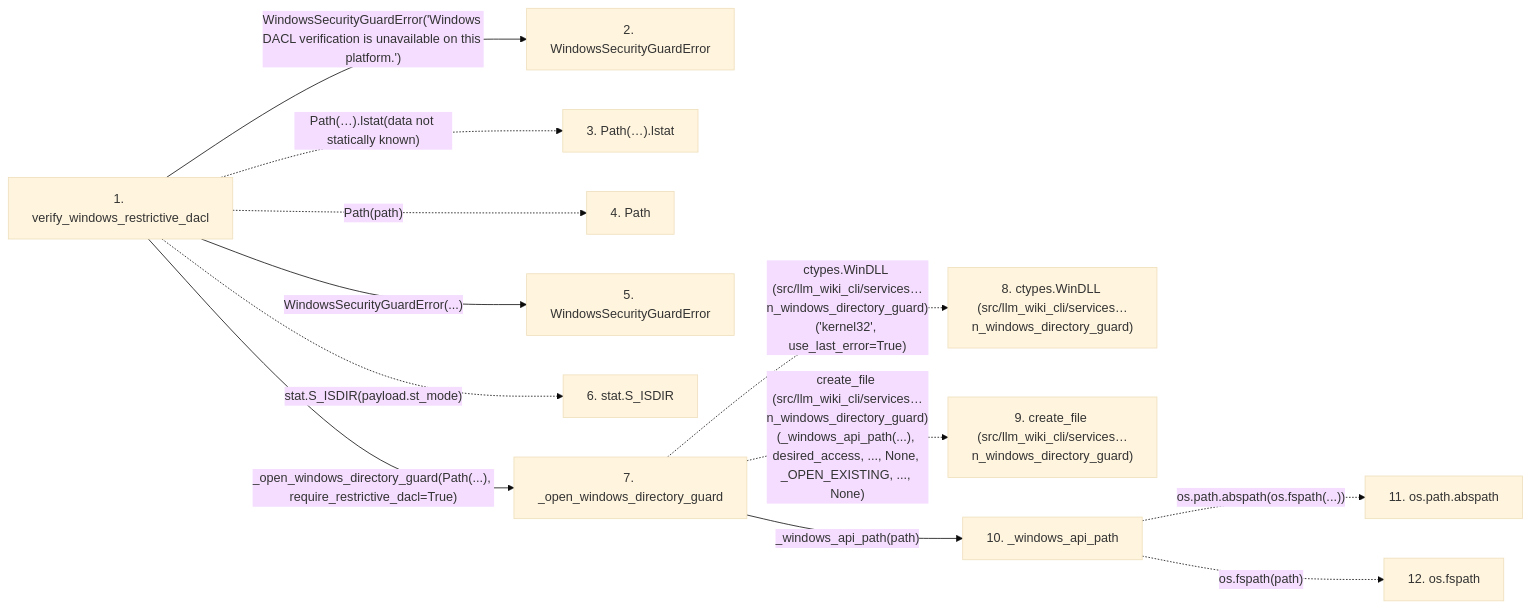
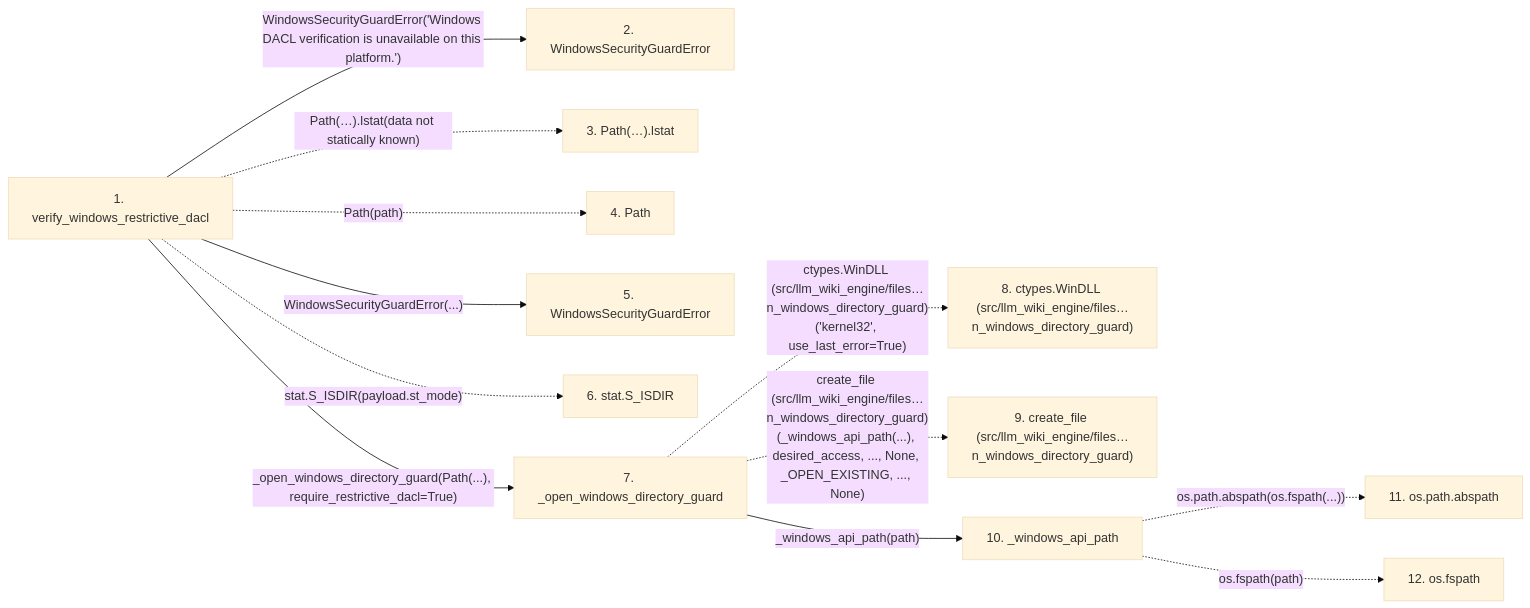
Before and after one commit to Denissvgn/python-wiki-llm: the second of 2 diagrams in docs/llm_wiki/flows/api-verify_windows_restrictive_dacl.md, drawn with Mermaid (base theme). The commit also changed other lines of this file and 739 other files, not shown here.

First line of the commit message:
docs: refresh the wiki for the second engine batch

````diff
--- a/docs/llm_wiki/flows/api-verify_windows_restrictive_dacl.md
+++ b/docs/llm_wiki/flows/api-verify_windows_restrictive_dacl.md
@@ -125,31 +125,31 @@
 ```mermaid
 flowchart LR
     s1["1. verify_windows_restrictive_dacl"]
     s2["2. WindowsSecurityGuardError"]
     s3["3. Path(…).lstat"]
     s4["4. Path"]
     s5["5. WindowsSecurityGuardError"]
     s6["6. stat.S_ISDIR"]
     s7["7. _open_windows_directory_guard"]
-    s8["8. ctypes.WinDLL (src/llm_wiki_cli/services…n_windows_directory_guard)"]
-    s9["9. create_file (src/llm_wiki_cli/services…n_windows_directory_guard)"]
+    s8["8. ctypes.WinDLL (src/llm_wiki_engine/files…n_windows_directory_guard)"]
+    s9["9. create_file (src/llm_wiki_engine/files…n_windows_directory_guard)"]
     s10["10. _windows_api_path"]
     s11["11. os.path.abspath"]
     s12["12. os.fspath"]
     s1 -->|"WindowsSecurityGuardError('Windows DACL verification is unavailable on this platform.')"| s2
     s1 -. "Path(…).lstat(data not statically known)" .-> s3
     s1 -. "Path(path)" .-> s4
     s1 -->|"WindowsSecurityGuardError(...)"| s5
     s1 -. "stat.S_ISDIR(payload.st_mode)" .-> s6
     s1 -->|"_open_windows_directory_guard(Path(...), require_restrictive_dacl=True)"| s7
-    s7 -. "ctypes.WinDLL (src/llm_wiki_cli/services…n_windows_directory_guard)('kernel32', use_last_error=True)" .-> s8
-    s7 -. "create_file (src/llm_wiki_cli/services…n_windows_directory_guard)(_windows_api_path(...), desired_access, ..., None, _OPEN_EXISTING, ..., None)" .-> s9
+    s7 -. "ctypes.WinDLL (src/llm_wiki_engine/files…n_windows_directory_guard)('kernel32', use_last_error=True)" .-> s8
+    s7 -. "create_file (src/llm_wiki_engine/files…n_windows_directory_guard)(_windows_api_path(...), desired_access, ..., None, _OPEN_EXISTING, ..., None)" .-> s9
     s7 -->|"_windows_api_path(path)"| s10
     s10 -. "os.path.abspath(os.fspath(...))" .-> s11
     s10 -. "os.fspath(path)" .-> s12
     click s1 "../modules/filesystem_guard.md"
     click s2 "../modules/filesystem_guard.md"
     click s5 "../modules/filesystem_guard.md"
     click s7 "../modules/filesystem_guard.md"
     click s10 "../modules/filesystem_guard.md"
 ```
````
